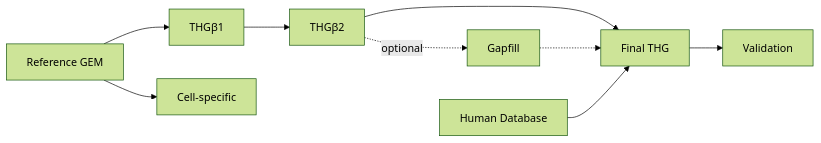
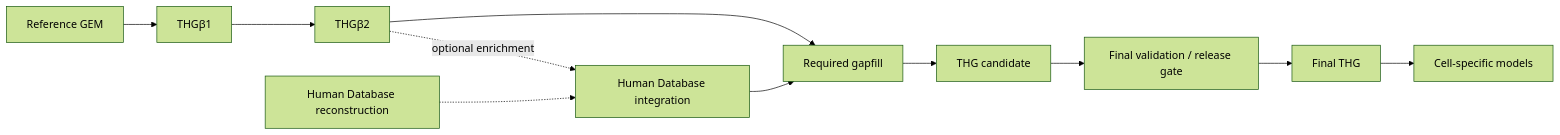
Before and after one commit to norle/THG_The-Human-GEM-protocol-standalone: the diagram in docs/index.md, drawn with Mermaid (forest theme). The commit also changed other lines of this file and 13 other files, not shown here.

````diff
--- a/docs/index.md
+++ b/docs/index.md
@@ -17,11 +17,13 @@
 ```mermaid
 flowchart LR
     A[Reference GEM] --> B[THGβ1]
     B --> C[THGβ2]
-    C --> E[Final THG]
-    C -. optional .-> G[Gapfill]
-    G -.-> E
-    D[Human Database] --> E
-    A --> S[Cell-specific]
-    E --> F[Validation]
+    C --> G[Required gapfill]
+    C -. optional enrichment .-> I[Human Database integration]
+    D[Human Database reconstruction] -.-> I
+    I --> G
+    G --> T[THG candidate]
+    T --> V[Final validation / release gate]
+    V --> E[Final THG]
+    E --> S[Cell-specific models]
 ```
````
